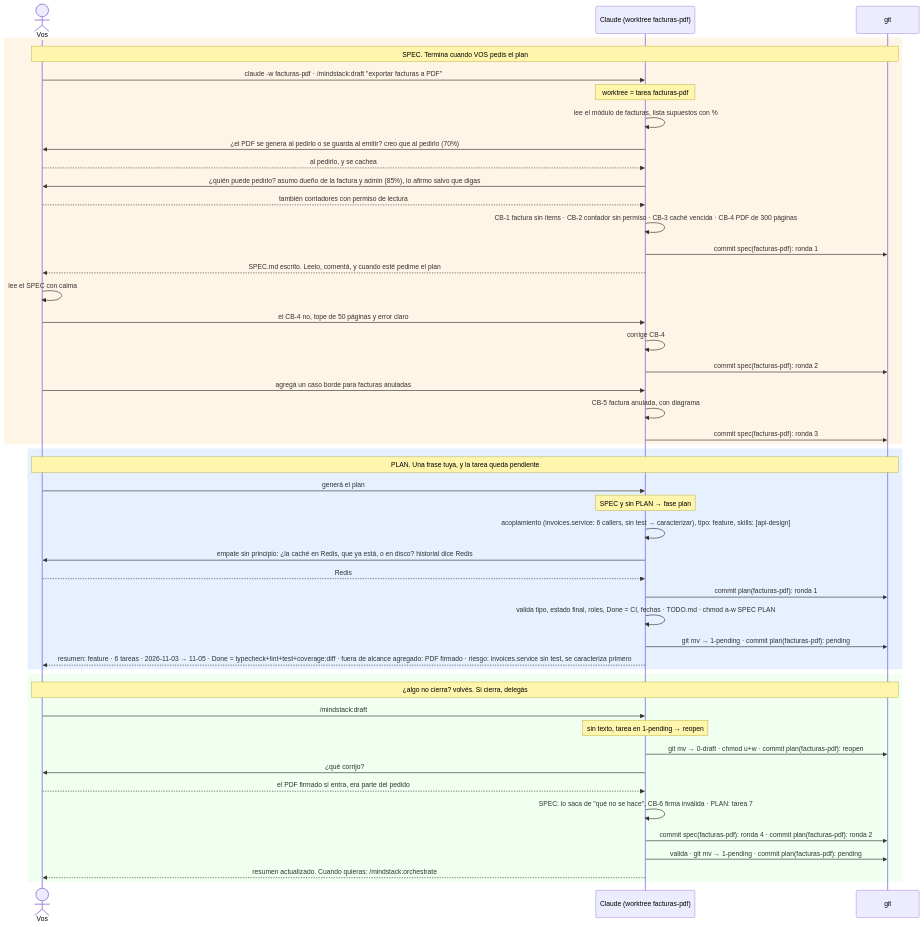
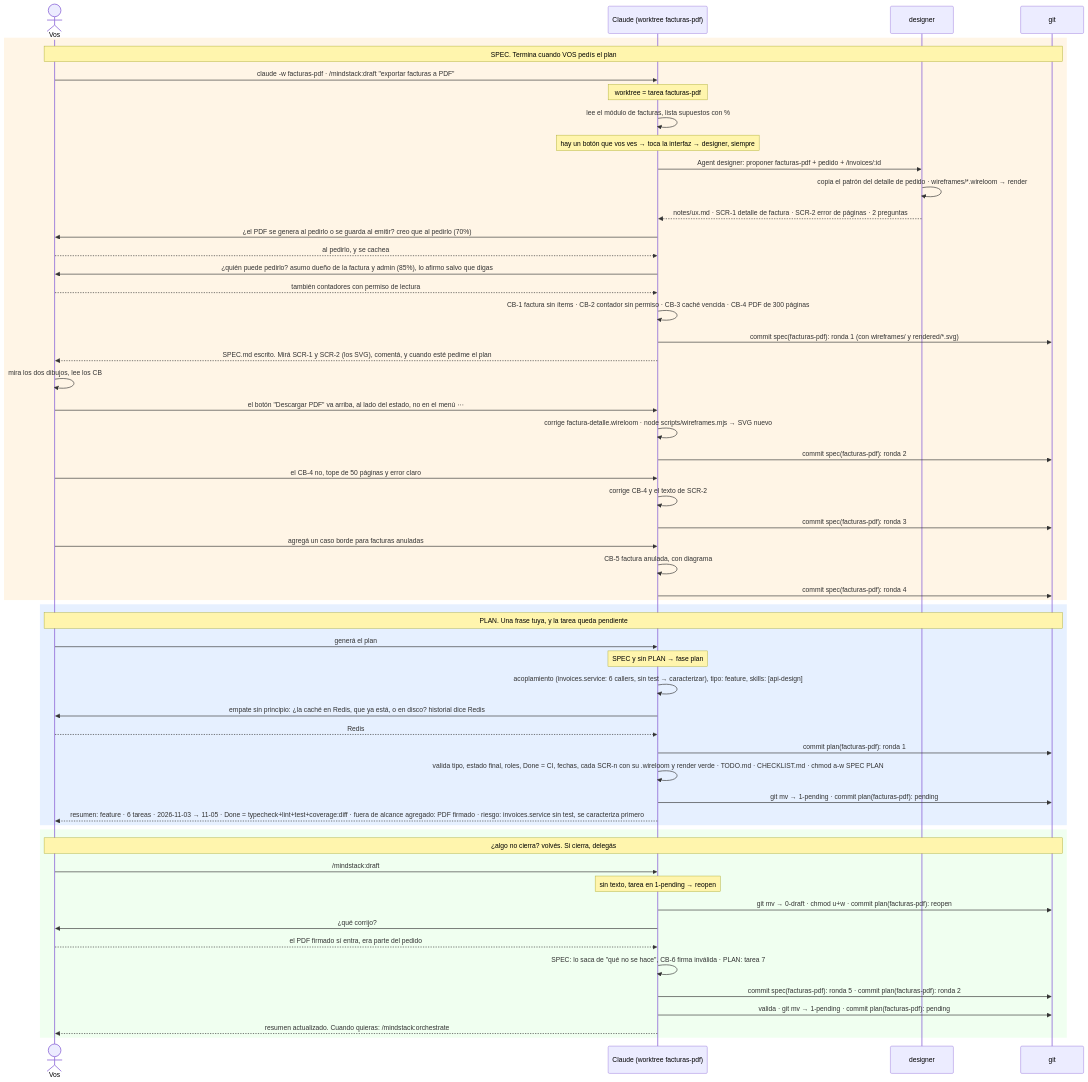
One commit to octavio-parozlabs/mindstack changed the diagram in use-cases/02-draft.md. Above: the diagram before and after it, drawn with Mermaid. The commit also changed other lines of this file and 5 other files, not shown here.

````diff
--- a/use-cases/02-draft.md
+++ b/use-cases/02-draft.md
@@ -5,53 +5,61 @@
 ```mermaid
 sequenceDiagram
     actor U as Vos
     participant C as Claude (worktree facturas-pdf)
+    participant D as designer
     participant G as git
 
     rect rgb(255, 245, 230)
     Note over U,G: SPEC. Termina cuando VOS pedís el plan
     U->>C: claude -w facturas-pdf · /mindstack:draft "exportar facturas a PDF"
     Note over C: worktree = tarea facturas-pdf
     C->>C: lee el módulo de facturas, lista supuestos con %
+    Note over C: hay un botón que vos ves → toca la interfaz → designer, siempre
+    C->>D: Agent designer: proponer facturas-pdf + pedido + /invoices/:id
+    D->>D: copia el patrón del detalle de pedido · wireframes/*.wireloom → render
+    D-->>C: notes/ux.md · SCR-1 detalle de factura · SCR-2 error de páginas · 2 preguntas
     C->>U: ¿el PDF se genera al pedirlo o se guarda al emitir? creo que al pedirlo (70%)
     U-->>C: al pedirlo, y se cachea
     C->>U: ¿quién puede pedirlo? asumo dueño de la factura y admin (85%), lo afirmo salvo que digas
     U-->>C: también contadores con permiso de lectura
     C->>C: CB-1 factura sin ítems · CB-2 contador sin permiso · CB-3 caché vencida · CB-4 PDF de 300 páginas
-    C->>G: commit spec(facturas-pdf): ronda 1
-    C-->>U: SPEC.md escrito. Leelo, comentá, y cuando esté pedime el plan
-    U->>U: lee el SPEC con calma
+    C->>G: commit spec(facturas-pdf): ronda 1 (con wireframes/ y rendered/*.svg)
+    C-->>U: SPEC.md escrito. Mirá SCR-1 y SCR-2 (los SVG), comentá, y cuando esté pedime el plan
+    U->>U: mira los dos dibujos, lee los CB
+    U->>C: el botón "Descargar PDF" va arriba, al lado del estado, no en el menú ⋯
+    C->>C: corrige factura-detalle.wireloom · node scripts/wireframes.mjs → SVG nuevo
+    C->>G: commit spec(facturas-pdf): ronda 2
     U->>C: el CB-4 no, tope de 50 páginas y error claro
-    C->>C: corrige CB-4
-    C->>G: commit spec(facturas-pdf): ronda 2
+    C->>C: corrige CB-4 y el texto de SCR-2
+    C->>G: commit spec(facturas-pdf): ronda 3
     U->>C: agregá un caso borde para facturas anuladas
     C->>C: CB-5 factura anulada, con diagrama
-    C->>G: commit spec(facturas-pdf): ronda 3
+    C->>G: commit spec(facturas-pdf): ronda 4
     end
 
     rect rgb(230, 240, 255)
     Note over U,G: PLAN. Una frase tuya, y la tarea queda pendiente
     U->>C: generá el plan
     Note over C: SPEC y sin PLAN → fase plan
     C->>C: acoplamiento (invoices.service: 6 callers, sin test → caracterizar), tipo: feature, skills: [api-design]
     C->>U: empate sin principio: ¿la caché en Redis, que ya está, o en disco? historial dice Redis
     U-->>C: Redis
     C->>G: commit plan(facturas-pdf): ronda 1
-    C->>C: valida tipo, estado final, roles, Done = CI, fechas · TODO.md · chmod a-w SPEC PLAN
+    C->>C: valida tipo, estado final, roles, Done = CI, fechas, cada SCR-n con su .wireloom y render verde · TODO.md · CHECKLIST.md · chmod a-w SPEC PLAN
     C->>G: git mv → 1-pending · commit plan(facturas-pdf): pending
     C-->>U: resumen: feature · 6 tareas · 2026-11-03 → 11-05 · Done = typecheck+lint+test+coverage:diff · fuera de alcance agregado: PDF firmado · riesgo: invoices.service sin test, se caracteriza primero
     end
 
     rect rgb(240, 255, 240)
     Note over U,G: ¿algo no cierra? volvés. Si cierra, delegás
     U->>C: /mindstack:draft
     Note over C: sin texto, tarea en 1-pending → reopen
     C->>G: git mv → 0-draft · chmod u+w · commit plan(facturas-pdf): reopen
     C->>U: ¿qué corrijo?
     U-->>C: el PDF firmado sí entra, era parte del pedido
     C->>C: SPEC: lo saca de "qué no se hace", CB-6 firma inválida · PLAN: tarea 7
-    C->>G: commit spec(facturas-pdf): ronda 4 · commit plan(facturas-pdf): ronda 2
+    C->>G: commit spec(facturas-pdf): ronda 5 · commit plan(facturas-pdf): ronda 2
     C->>G: valida · git mv → 1-pending · commit plan(facturas-pdf): pending
     C-->>U: resumen actualizado. Cuando quieras: /mindstack:orchestrate
     end
 ```
````
